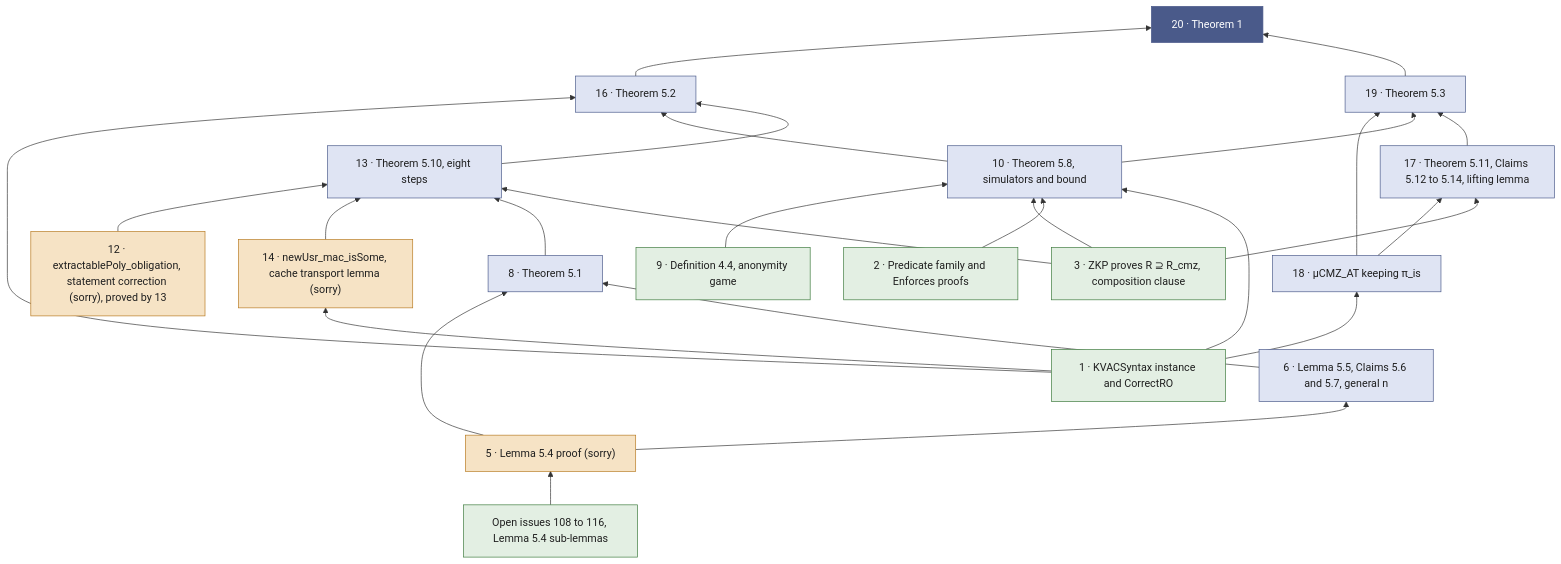
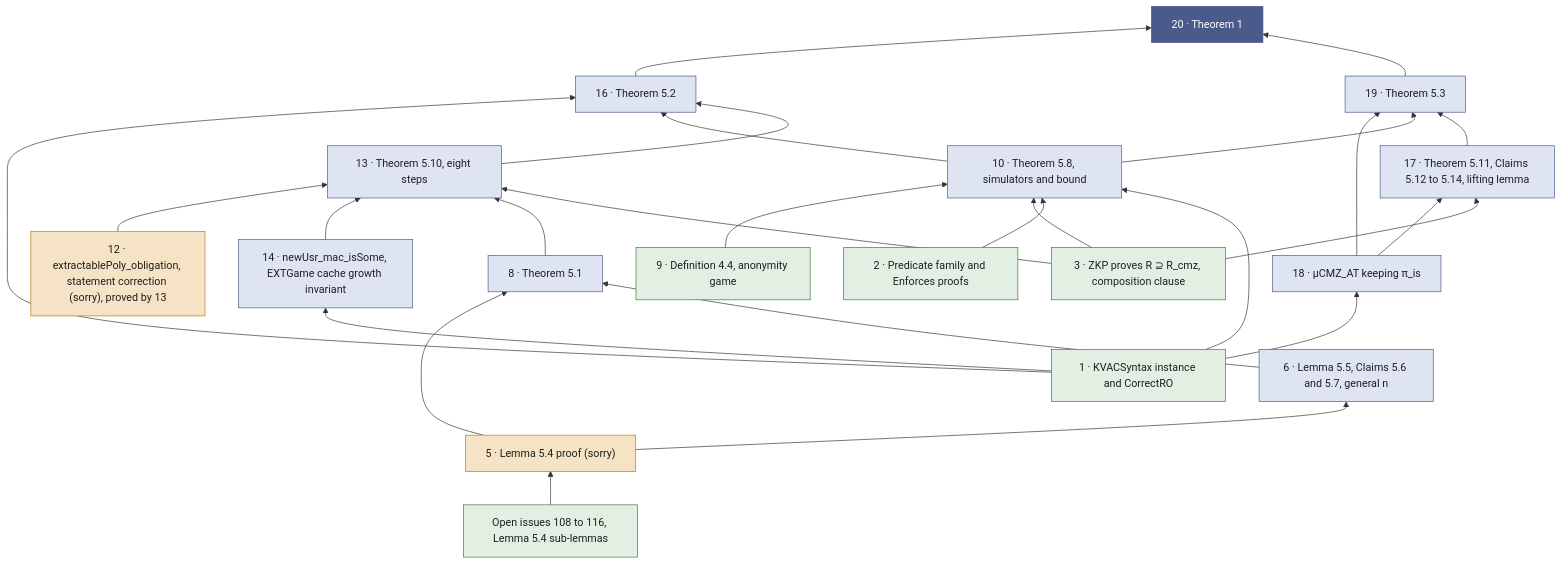
The diagram in docs/MICROCMZ_REMAINING_GRAPH.md (Beneficial-AI-Foundation/KeyedVerificationAnonymousCredential-model), drawn with Mermaid before and after one commit. The commit also changed 2 other files, not shown here.

Commit message:
docs: record runRO_support_of_le as proved
The blueprint node newusr_never_fails no longer calls the transport proof
pending, item 14 of MICROCMZ_REMAINING.md records the lemma as proved and
closing #168, and the remaining-work graph drops its sorry colouring.

````diff
--- a/docs/MICROCMZ_REMAINING_GRAPH.md
+++ b/docs/MICROCMZ_REMAINING_GRAPH.md
@@ -5,54 +5,54 @@
 ```mermaid
 graph BT
   T1["20 · Theorem 1"]
   T52["16 · Theorem 5.2"]
   T53["19 · Theorem 5.3"]
   T51["8 · Theorem 5.1"]
   L54["5 · Lemma 5.4 proof (sorry)"]
   SUB["Open issues 108 to 116, Lemma 5.4 sub-lemmas"]
   L55["6 · Lemma 5.5, Claims 5.6 and 5.7, general n"]
   D44["9 · Definition 4.4, anonymity game"]
   T58["10 · Theorem 5.8, simulators and bound"]
   E12["12 · extractablePoly_obligation, statement correction (sorry), proved by 13"]
-  N14["14 · newUsr_mac_isSome, cache transport lemma (sorry)"]
+  N14["14 · newUsr_mac_isSome, EXTGame cache growth invariant"]
   T510["13 · Theorem 5.10, eight steps"]
   V18["18 · μCMZ_AT keeping π_is"]
   T511["17 · Theorem 5.11, Claims 5.12 to 5.14, lifting lemma"]
   K1["1 · KVACSyntax instance and CorrectRO"]
   P2["2 · Predicate family and Enforces proofs"]
   H3["3 · ZKP proves R ⊇ R_cmz, composition clause"]
 
   T52 --> T1
   T53 --> T1
   K1 --> T52
   T58 --> T52
   T510 --> T52
   D44 --> T58
   H3 --> T58
   P2 --> T58
   K1 --> T58
   E12 --> T510
   N14 --> T510
   T51 --> T510
   H3 --> T510
   K1 --> N14
   L54 --> T51
   L55 --> T51
   SUB --> L54
   L54 --> L55
   V18 --> T53
   T58 --> T53
   T511 --> T53
   K1 --> V18
   V18 --> T511
   H3 --> T511
 
   classDef root fill:#4a5a8a,color:#fff,stroke:#4a5a8a
   classDef thm fill:#dfe4f3,color:#1f1f1f,stroke:#4a5a8a
   classDef sorry fill:#f6e3c5,color:#1f1f1f,stroke:#b7791f
   classDef leaf fill:#e3efe3,color:#1f1f1f,stroke:#3c7a3c
   class T1 root
-  class T52,T53,T51,T58,T510,T511,L55,V18 thm
-  class L54,E12,N14 sorry
+  class T52,T53,T51,T58,T510,T511,L55,V18,N14 thm
+  class L54,E12 sorry
   class SUB,K1,P2,H3,D44 leaf
 ```
````
